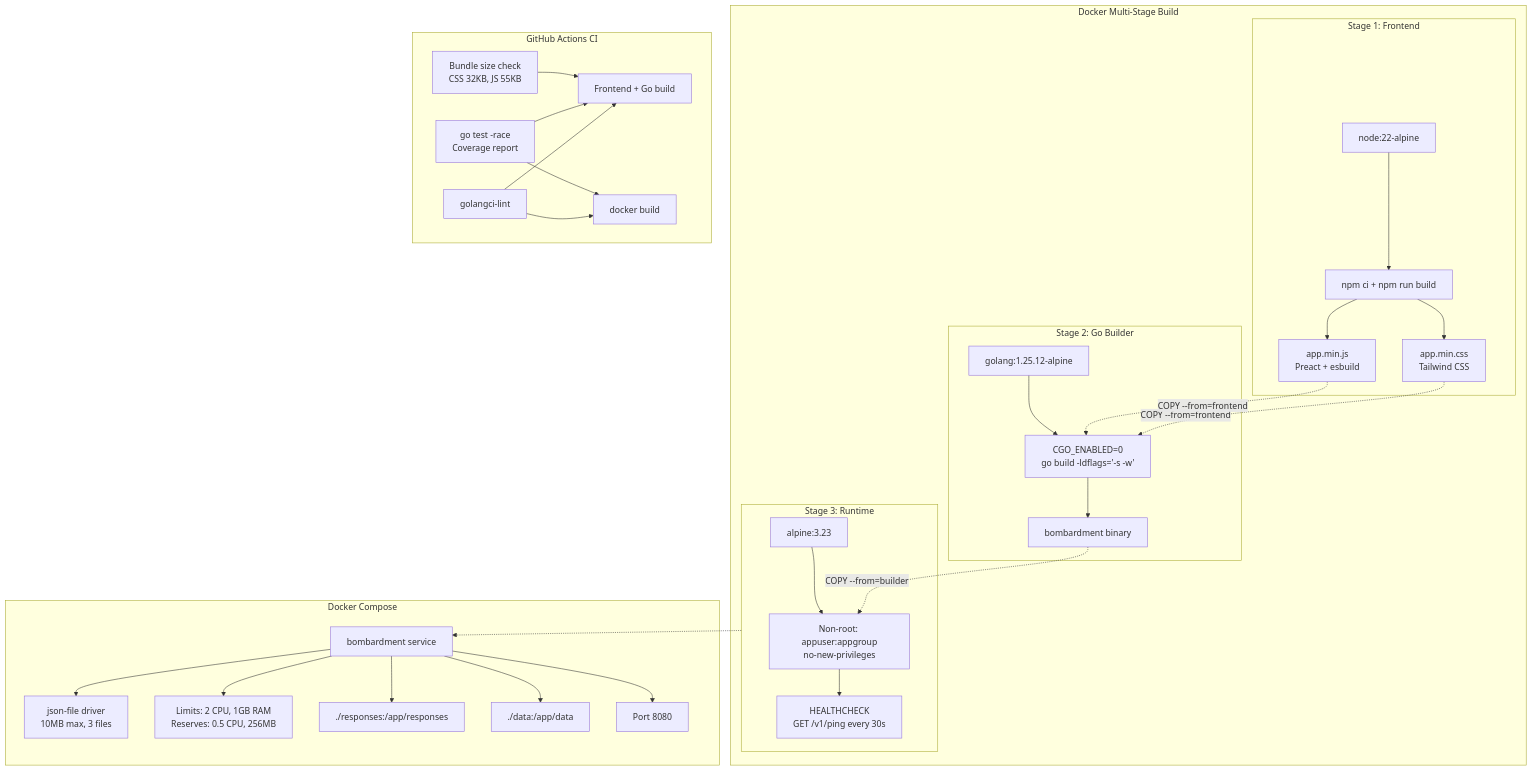
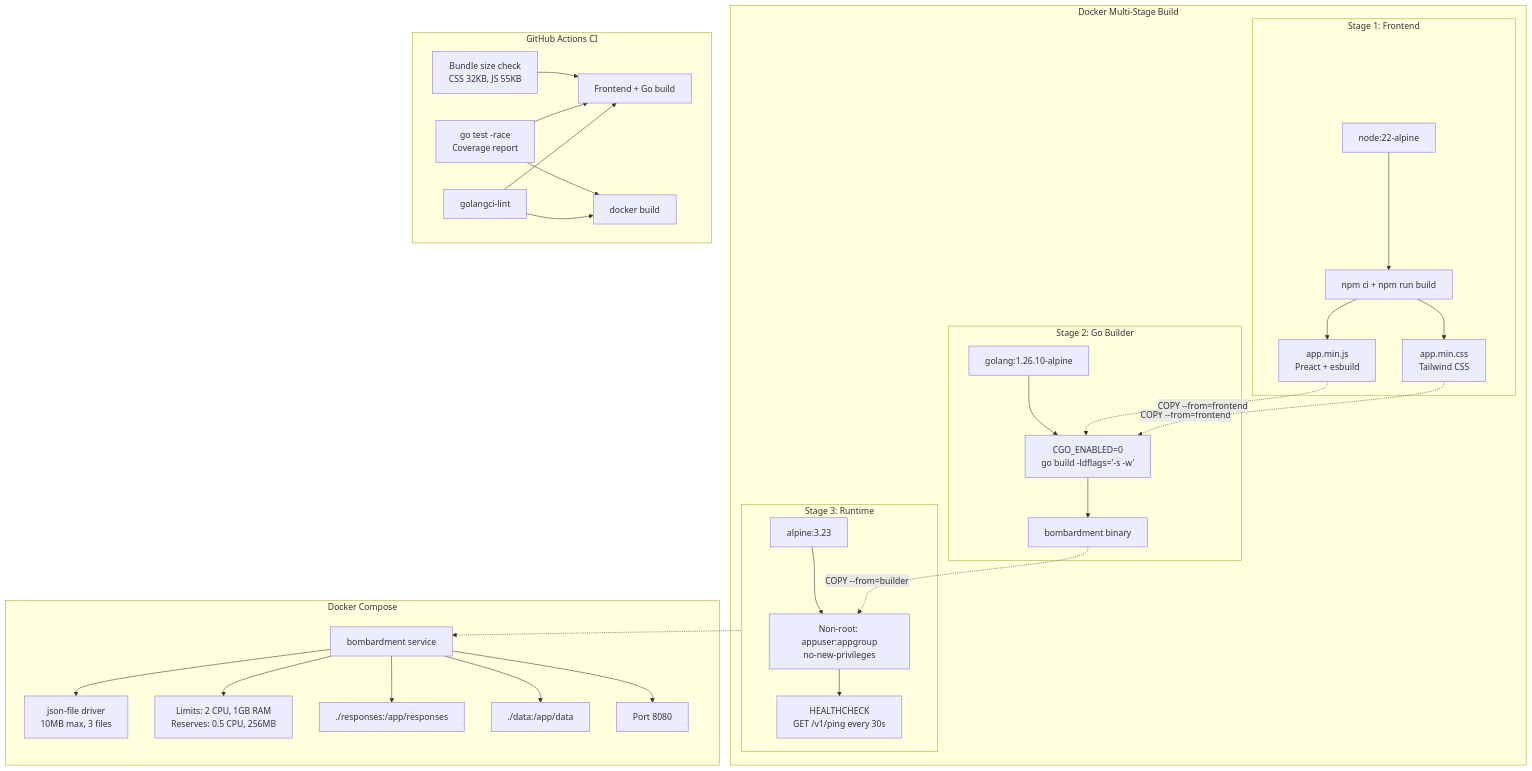
The diagram in docs/architecture/diagrams/infrastructure/deployment.mmd (Dhi13man/bombardment-runner), drawn with Mermaid before and after one commit. The commit also changed 10 other files, not shown here.

```diff
--- a/docs/architecture/diagrams/infrastructure/deployment.mmd
+++ b/docs/architecture/diagrams/infrastructure/deployment.mmd
@@ -1,62 +1,62 @@
 flowchart TB
     subgraph DockerBuild[Docker Multi-Stage Build]
         subgraph Stage1[Stage 1: Frontend]
             NodeAlpine[node:22-alpine]
             NPM[npm ci + npm run build]
             CSSBundle[app.min.css<br/>Tailwind CSS]
             JSBundle[app.min.js<br/>Preact + esbuild]
             NodeAlpine --> NPM
             NPM --> CSSBundle
             NPM --> JSBundle
         end
 
         subgraph Stage2[Stage 2: Go Builder]
-            GoAlpine[golang:1.25.12-alpine]
+            GoAlpine[golang:1.26.10-alpine]
             GoBuild["CGO_ENABLED=0<br/>go build -ldflags='-s -w'"]
             Binary[bombardment binary]
             GoAlpine --> GoBuild
             CSSBundle -.->|COPY --from=frontend| GoBuild
             JSBundle -.->|COPY --from=frontend| GoBuild
             GoBuild --> Binary
         end
 
         subgraph Stage3[Stage 3: Runtime]
             Alpine[alpine:3.23]
             Security["Non-root: appuser:appgroup<br/>no-new-privileges"]
             HealthCheck["HEALTHCHECK<br/>GET /v1/ping every 30s"]
             Alpine --> Security
             Binary -.->|COPY --from=builder| Security
             Security --> HealthCheck
         end
     end
 
     subgraph Compose[Docker Compose]
         Service[bombardment service]
         Port[Port 8080]
         VolData[./data:/app/data]
         VolResp[./responses:/app/responses]
         Resources["Limits: 2 CPU, 1GB RAM<br/>Reserves: 0.5 CPU, 256MB"]
         Logging["json-file driver<br/>10MB max, 3 files"]
 
         Service --> Port
         Service --> VolData
         Service --> VolResp
         Service --> Resources
         Service --> Logging
     end
 
     subgraph CICD[GitHub Actions CI]
         Lint[golangci-lint]
         Test["go test -race<br/>Coverage report"]
         UICheck["Bundle size check<br/>CSS 32KB, JS 55KB"]
         Build["Frontend + Go build"]
         DockerCI["docker build"]
 
         Lint --> Build
         Test --> Build
         UICheck --> Build
         Lint --> DockerCI
         Test --> DockerCI
     end
 
     Stage3 -.-> Service
```
